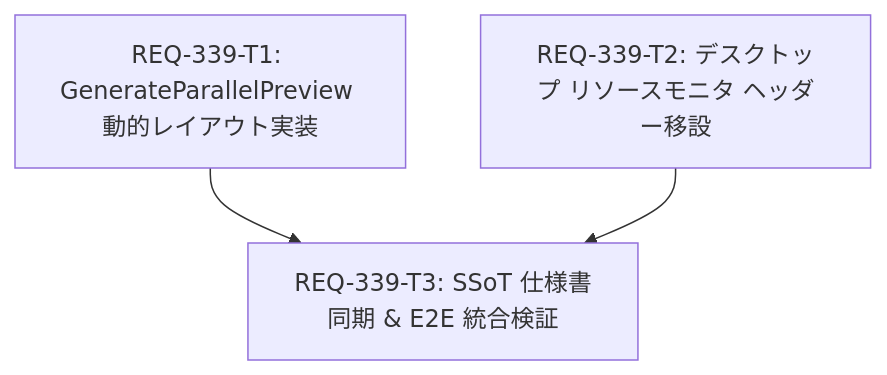
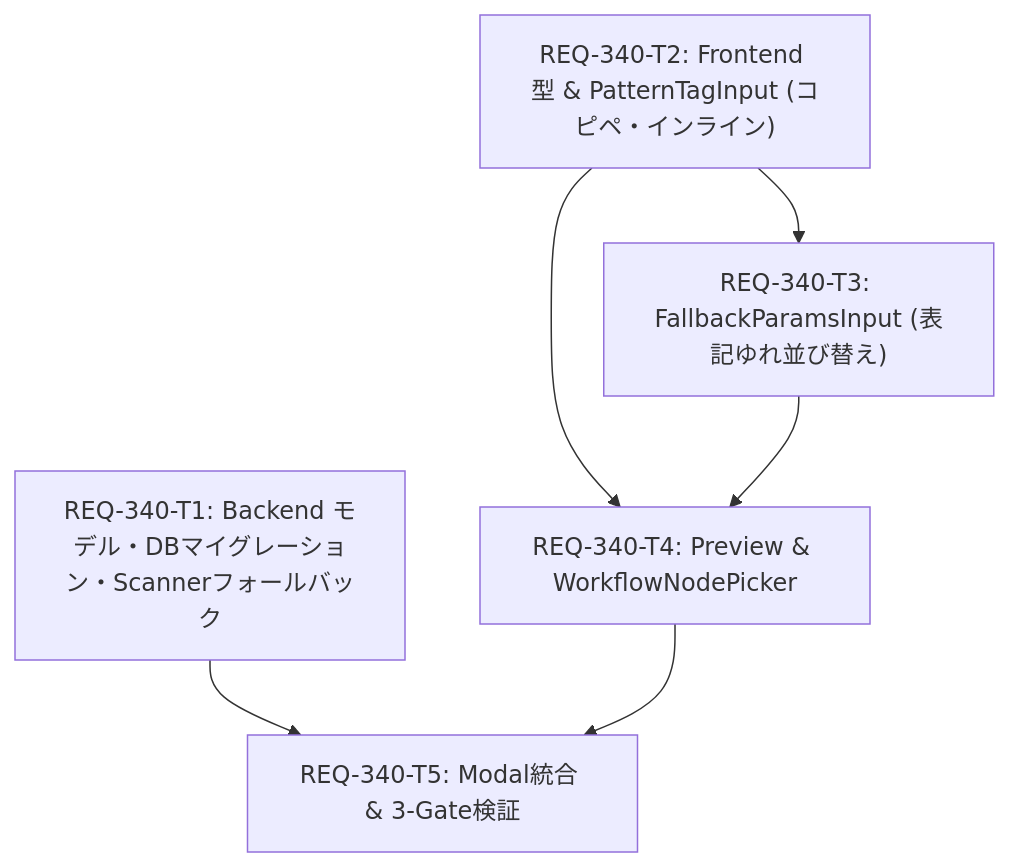
The diagram in implementation_plan.md (TAKE4548/comfy-create-helper2), drawn with Mermaid before and after one commit. The commit also changed other lines of this file and 26 other files, not shown here.

Commit message:
feat(REQ-340): enhance mapping master UX with clipboard patterns, inline edit, fallback params, workflow preview and node picker

````diff
--- a/implementation_plan.md
+++ b/implementation_plan.md
@@ -39,9 +71,8 @@
 ```mermaid
 graph TD
-  REQ-339-T1["REQ-339-T1: GenerateParallelPreview 動的レイアウト実装"]
-  REQ-339-T2["REQ-339-T2: デスクトップ リソースモニタ ヘッダー移設"]
-  REQ-339-T3["REQ-339-T3: SSoT 仕様書同期 & E2E 統合検証"]
-
-  REQ-339-T1 --> REQ-339-T3
-  REQ-339-T2 --> REQ-339-T3
+  REQ-340-T1["REQ-340-T1: Backend モデル・DBマイグレーション・Scannerフォールバック"] --> REQ-340-T5["REQ-340-T5: Modal統合 & 3-Gate検証"]
+  REQ-340-T2["REQ-340-T2: Frontend 型 & PatternTagInput (コピペ・インライン)"] --> REQ-340-T3["REQ-340-T3: FallbackParamsInput (表記ゆれ並び替え)"]
+  REQ-340-T2 --> REQ-340-T4["REQ-340-T4: Preview & WorkflowNodePicker"]
+  REQ-340-T3 --> REQ-340-T4
+  REQ-340-T4 --> REQ-340-T5
 ```
````
